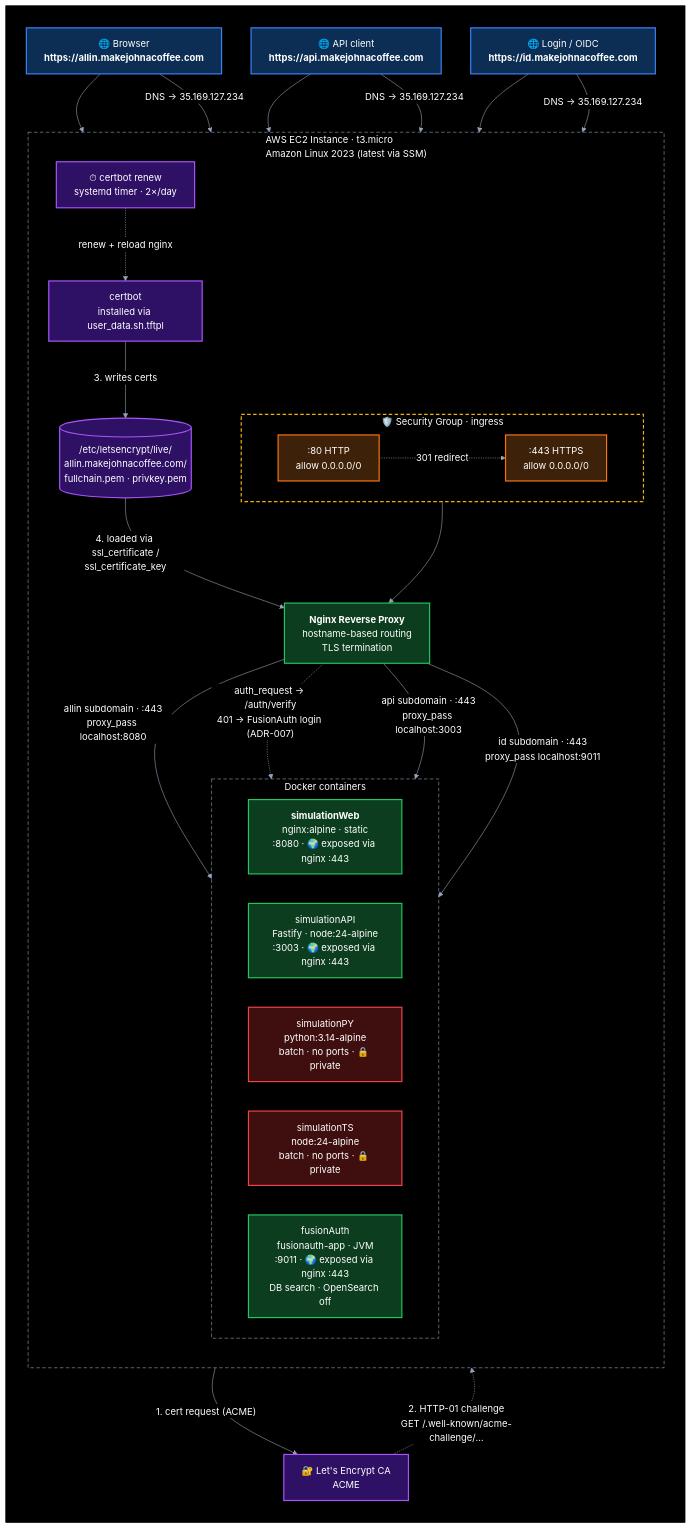
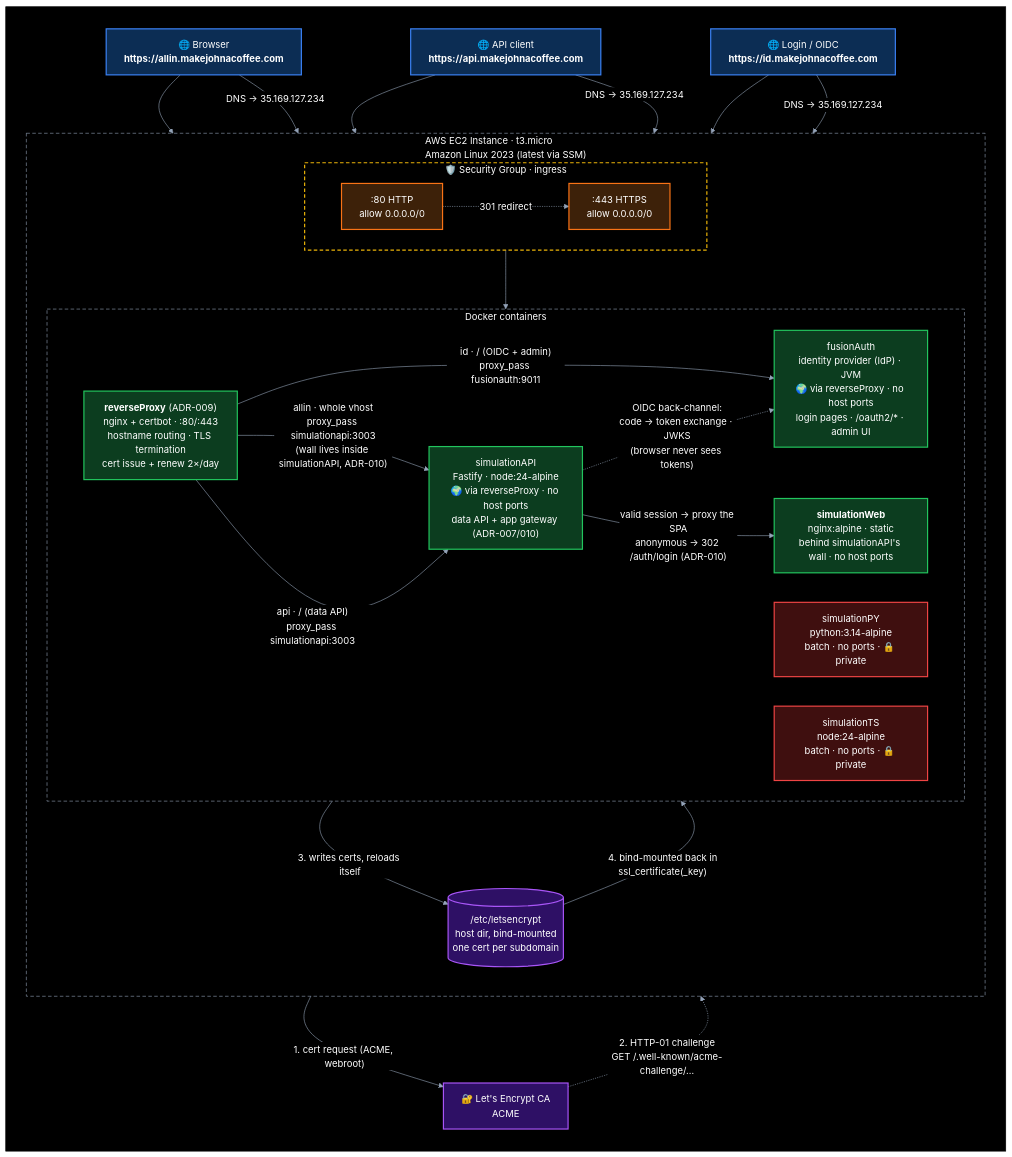
One commit to jbframe/big-equity changed the diagram in README.md. Above: the diagram before and after it, drawn with Mermaid. The commit also changed other lines of this file and 27 other files, not shown here.

First line of the commit message:
Containerize the edge and consolidate the app gateway (ADR-009, ADR-010)

````diff
--- a/README.md
+++ b/README.md
@@ -38,77 +40,72 @@
 ```mermaid
 %%{init: {'themeVariables': {'edgeLabelBackground': '#000000'}}}%%
 graph TD
     subgraph BG[" "]
     direction TB
     Client["🌐 Browser<br/><b>https://allin.makejohnacoffee.com</b>"]
     APIClient["🌐 API client<br/><b>https://api.makejohnacoffee.com</b>"]
     AuthClient["🌐 Login / OIDC<br/><b>https://id.makejohnacoffee.com</b>"]
     LE["🔐 Let's Encrypt CA<br/>ACME"]
 
     Client --> Port80
     Client -- "DNS → 35.169.127.234" --> Port443
     APIClient --> Port80
     APIClient -- "DNS → 35.169.127.234" --> Port443
     AuthClient --> Port80
     AuthClient -- "DNS → 35.169.127.234" --> Port443
 
     subgraph EC2["AWS EC2 Instance · t3.micro<br/>Amazon Linux 2023 (latest via SSM)"]
         direction TB
 
         subgraph SG["🛡️ Security Group · ingress"]
             direction LR
             Port80[":80 HTTP<br/>allow 0.0.0.0/0"]
             Port443[":443 HTTPS<br/>allow 0.0.0.0/0"]
         end
         Port80 -. "301 redirect" .-> Port443
 
-        Nginx["<b>Nginx Reverse Proxy</b><br/>hostname-based routing<br/>TLS termination"]
-        Port443 --> Nginx
-
-        Certbot["certbot<br/>installed via user_data.sh.tftpl"]
-        Certs[("/etc/letsencrypt/live/<br/>allin.makejohnacoffee.com/<br/>fullchain.pem · privkey.pem")]
-        Timer["⏱ certbot renew<br/>systemd timer · 2×/day"]
+        Certs[("/etc/letsencrypt<br/>host dir, bind-mounted<br/>one cert per subdomain")]
 
         subgraph Docker["Docker containers"]
             direction LR
-            Web["<b>simulationWeb</b><br/>nginx:alpine · static<br/>:8080 · 🌍 exposed via nginx :443"]
-            API["simulationAPI<br/>Fastify · node:24-alpine<br/>:3003 · 🌍 exposed via nginx :443"]
+            Nginx["<b>reverseProxy</b> (ADR-009)<br/>nginx + certbot · :80/:443<br/>hostname routing · TLS termination<br/>cert issue + renew 2×/day"]
+            Web["<b>simulationWeb</b><br/>nginx:alpine · static<br/>behind simulationAPI's wall · no host ports"]
+            API["simulationAPI<br/>Fastify · node:24-alpine<br/>🌍 via reverseProxy · no host ports<br/>data API + app gateway (ADR-007/010)"]
             PY["simulationPY<br/>python:3.14-alpine<br/>batch · no ports · 🔒 private"]
             TS["simulationTS<br/>node:24-alpine<br/>batch · no ports · 🔒 private"]
-            Auth["fusionAuth<br/>fusionauth-app · JVM<br/>:9011 · 🌍 exposed via nginx :443<br/>DB search · OpenSearch off"]
+            Auth["fusionAuth<br/>identity provider (IdP) · JVM<br/>🌍 via reverseProxy · no host ports<br/>login pages · /oauth2/* · admin UI"]
         end
 
-        Nginx -- "allin subdomain · :443<br/>proxy_pass localhost:8080" --> Web
-        Nginx -. "auth_request → /auth/verify<br/>401 → FusionAuth login (ADR-007)" .-> API
-        Nginx -- "api subdomain · :443<br/>proxy_pass localhost:3003" --> API
-        Nginx -- "id subdomain · :443<br/>proxy_pass localhost:9011" --> Auth
+        Port443 --> Nginx
+        Nginx -- "allin · whole vhost<br/>proxy_pass simulationapi:3003<br/>(wall lives inside simulationAPI, ADR-010)" --> API
+        Nginx -- "api · / (data API)<br/>proxy_pass simulationapi:3003" --> API
+        Nginx -- "id · / (OIDC + admin)<br/>proxy_pass fusionauth:9011" --> Auth
+        API -- "valid session → proxy the SPA<br/>anonymous → 302 /auth/login (ADR-010)" --> Web
+        API -. "OIDC back-channel:<br/>code → token exchange · JWKS<br/>(browser never sees tokens)" .-> Auth
     end
 
-    Certbot -- "1. cert request (ACME)" --> LE
+    Nginx -- "1. cert request (ACME, webroot)" --> LE
     LE -. "2. HTTP-01 challenge<br/>GET /.well-known/acme-challenge/…" .-> Port80
-    Certbot -- "3. writes certs" --> Certs
-    Certs -- "4. loaded via ssl_certificate /<br/>ssl_certificate_key" --> Nginx
-    Timer -. "renew + reload nginx" .-> Certbot
+    Nginx -- "3. writes certs, reloads itself" --> Certs
+    Certs -- "4. bind-mounted back in<br/>ssl_certificate(_key)" --> Nginx
     end
 
     style BG fill:#000000,stroke:#000000
     style Client fill:#0c2d54,stroke:#3b82f6,stroke-width:2px,color:#ffffff
     style APIClient fill:#0c2d54,stroke:#3b82f6,stroke-width:2px,color:#ffffff
     style AuthClient fill:#0c2d54,stroke:#3b82f6,stroke-width:2px,color:#ffffff
     style LE fill:#2e1065,stroke:#a855f7,stroke-width:2px,color:#ffffff
     style Port80 fill:#3d2109,stroke:#f97316,stroke-width:2px,color:#ffffff
     style Port443 fill:#3d2109,stroke:#f97316,stroke-width:2px,color:#ffffff
     style Nginx fill:#0c3d1f,stroke:#22c55e,stroke-width:2px,color:#ffffff
     style Web fill:#0c3d1f,stroke:#22c55e,stroke-width:2px,color:#ffffff
     style API fill:#0c3d1f,stroke:#22c55e,stroke-width:2px,color:#ffffff
     style Auth fill:#0c3d1f,stroke:#22c55e,stroke-width:2px,color:#ffffff
     style PY fill:#3f0f0f,stroke:#ef4444,stroke-width:2px,color:#ffffff
     style TS fill:#3f0f0f,stroke:#ef4444,stroke-width:2px,color:#ffffff
-    style Certbot fill:#2e1065,stroke:#a855f7,stroke-width:2px,color:#ffffff
     style Certs fill:#2e1065,stroke:#a855f7,stroke-width:2px,color:#ffffff
-    style Timer fill:#2e1065,stroke:#a855f7,stroke-width:2px,color:#ffffff
     style EC2 fill:transparent,stroke:#94a3b8,stroke-dasharray:6 4,color:#ffffff
     style SG fill:transparent,stroke:#eab308,stroke-dasharray:6 4,stroke-width:2px,color:#ffffff
     style Docker fill:transparent,stroke:#94a3b8,stroke-dasharray:6 4,color:#ffffff
     linkStyle default stroke:#94a3b8,color:#ffffff
 ```
````
